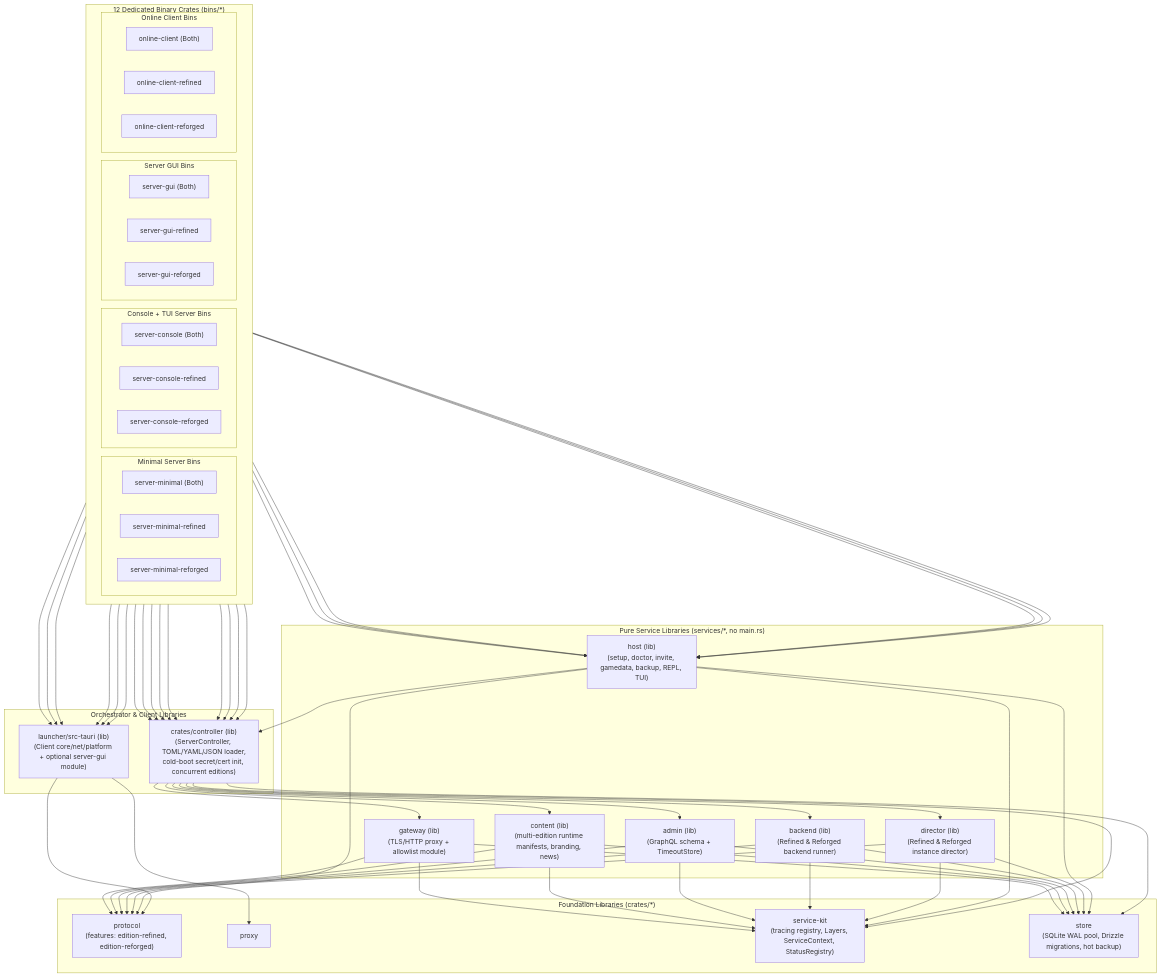
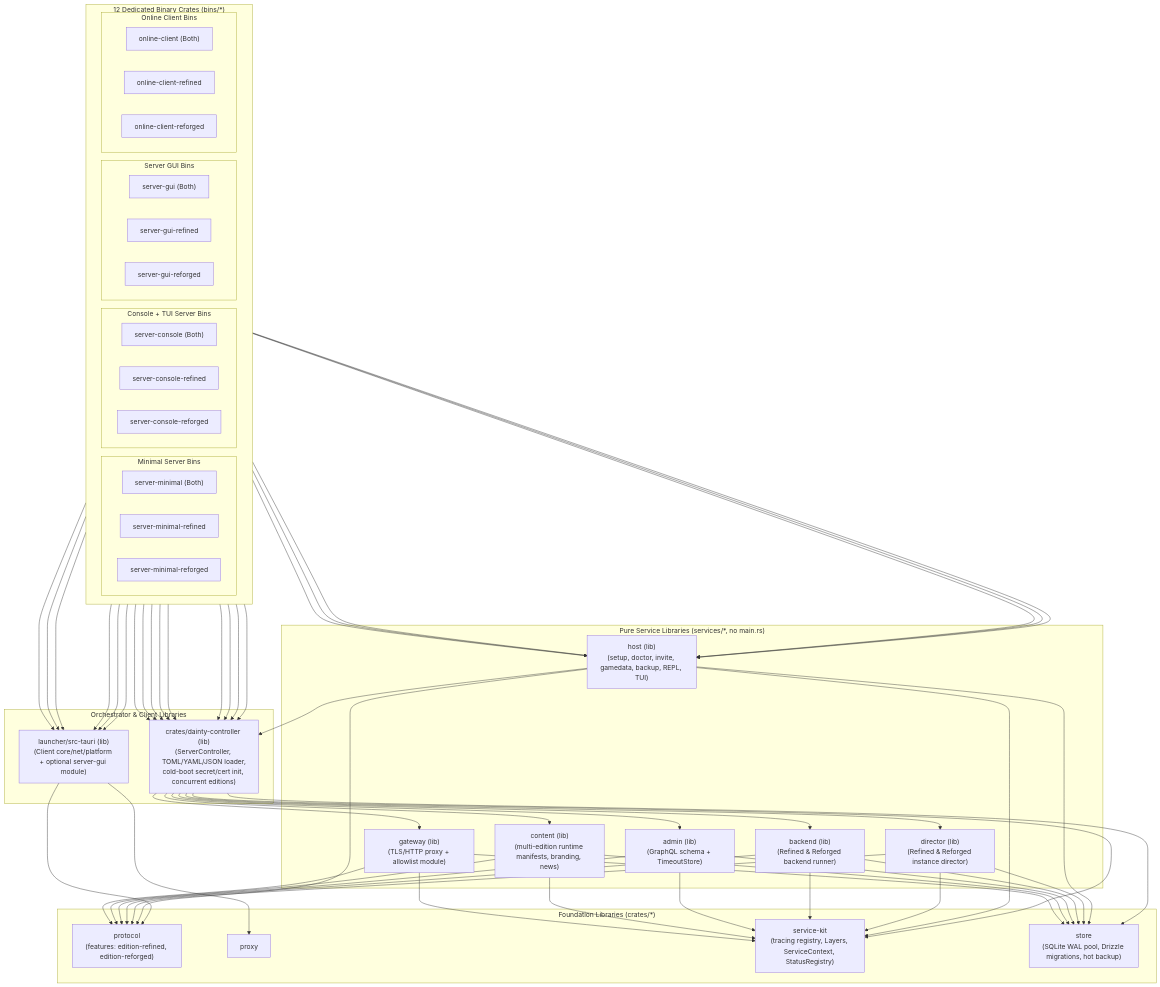
The first of 2 diagrams in docs/app-structure-plan.md (Dainty-Lass/Dainty-Lass), drawn with Mermaid before and after one commit. The commit also changed other lines of this file and 1821 other files, not shown here.

````diff
--- a/docs/app-structure-plan.md
+++ b/docs/app-structure-plan.md
@@ -23,57 +23,57 @@
 ```mermaid
 flowchart TB
     subgraph SharedCrates["Foundation Libraries (crates/*)"]
         Protocol["protocol\n(features: edition-refined, edition-reforged)"]
         Proxy["proxy"]
         ServiceKit["service-kit\n(tracing registry, Layers, ServiceContext, StatusRegistry)"]
         Store["store\n(SQLite WAL pool, Drizzle migrations, hot backup)"]
     end
 
     subgraph PureServiceLibs["Pure Service Libraries (services/*, no main.rs)"]
         GW["gateway (lib)\n(TLS/HTTP proxy + allowlist module)"]
         CS["content (lib)\n(multi-edition runtime manifests, branding, news)"]
         AD["admin (lib)\n(GraphQL schema + TimeoutStore)"]
         BE["backend (lib)\n(Refined & Reforged backend runner)"]
         DR["director (lib)\n(Refined & Reforged instance director)"]
         HostLib["host (lib)\n(setup, doctor, invite, gamedata, backup, REPL, TUI)"]
     end
 
     subgraph CoreOrchestrators["Orchestrator & Client Libraries"]
-        Controller["crates/controller (lib)\n(ServerController, TOML/YAML/JSON loader,\ncold-boot secret/cert init, concurrent editions)"]
+        Controller["crates/dainty-controller (lib)\n(ServerController, TOML/YAML/JSON loader,\ncold-boot secret/cert init, concurrent editions)"]
         LauncherLib["launcher/src-tauri (lib)\n(Client core/net/platform + optional server-gui module)"]
     end
 
     subgraph DedicatedBins["12 Dedicated Binary Crates (bins/*)"]
         direction LR
         subgraph MinimalBins["Minimal Server Bins"]
             SM_B["server-minimal (Both)"]
             SM_R1["server-minimal-refined"]
             SM_R2["server-minimal-reforged"]
         end
         subgraph ConsoleBins["Console + TUI Server Bins"]
             SC_B["server-console (Both)"]
             SC_R1["server-console-refined"]
             SC_R2["server-console-reforged"]
         end
         subgraph GuiBins["Server GUI Bins"]
             SG_B["server-gui (Both)"]
             SG_R1["server-gui-refined"]
             SG_R2["server-gui-reforged"]
         end
         subgraph ClientBins["Online Client Bins"]
             OC_B["online-client (Both)"]
             OC_R1["online-client-refined"]
             OC_R2["online-client-reforged"]
         end
     end
 
     GW & CS & AD & BE & DR & HostLib --> ServiceKit & Protocol & Store
     Controller --> GW & CS & AD & BE & DR & ServiceKit & Store
     HostLib --> Controller
     LauncherLib --> Protocol & Proxy
 
     SM_B & SM_R1 & SM_R2 --> Controller
     SC_B & SC_R1 & SC_R2 --> Controller & HostLib
     SG_B & SG_R1 & SG_R2 --> LauncherLib & Controller & HostLib
     OC_B & OC_R1 & OC_R2 --> LauncherLib
 ```
````
